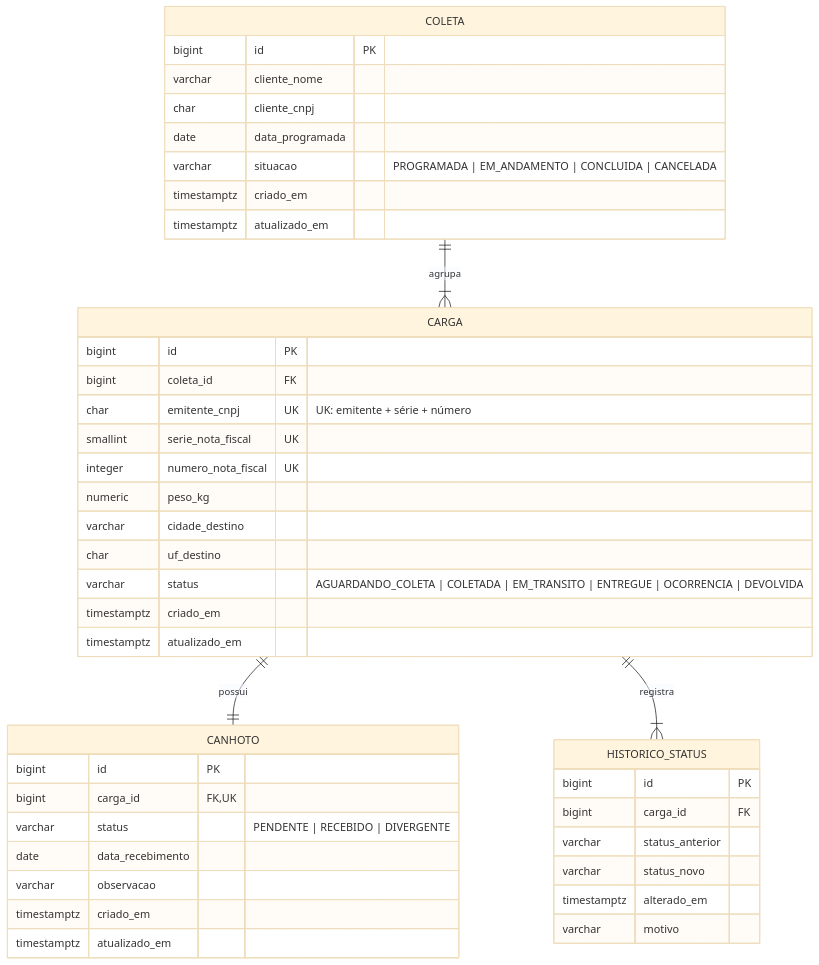
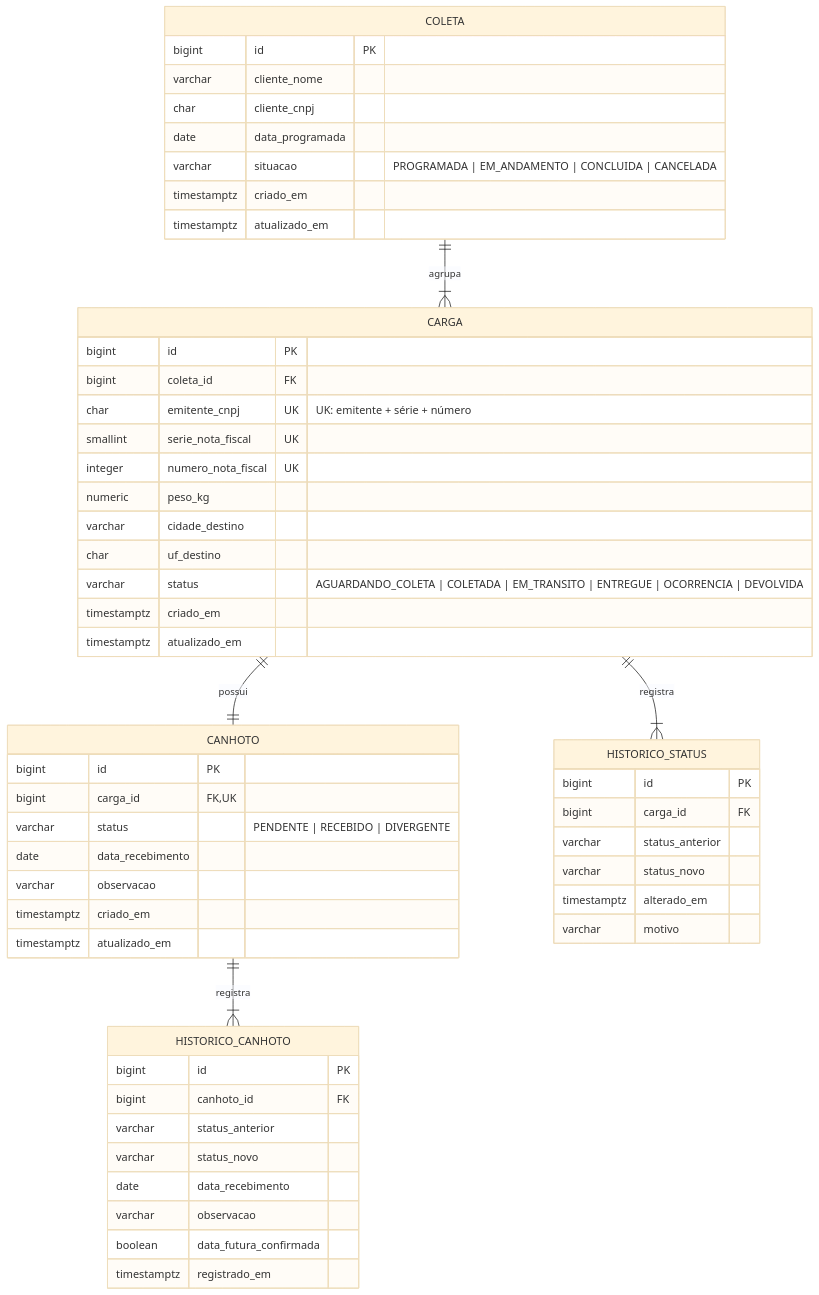
Before and after one commit to Ejurevics/API-Controle_Canhotos: the diagram in README.md, drawn with Mermaid (base theme). The commit also changed other lines of this file and 6 other files, not shown here.

````diff
--- a/README.md
+++ b/README.md
@@ -9,49 +9,61 @@
 ```mermaid
 erDiagram
     COLETA ||--|{ CARGA : agrupa
     CARGA ||--|| CANHOTO : possui
     CARGA ||--|{ HISTORICO_STATUS : registra
+    CANHOTO ||--|{ HISTORICO_CANHOTO : registra
 
     COLETA {
         bigint id PK
         varchar cliente_nome
         char cliente_cnpj
         date data_programada
         varchar situacao "PROGRAMADA | EM_ANDAMENTO | CONCLUIDA | CANCELADA"
         timestamptz criado_em
         timestamptz atualizado_em
     }
 
     CARGA {
         bigint id PK
         bigint coleta_id FK
         char emitente_cnpj UK "UK: emitente + série + número"
         smallint serie_nota_fiscal UK
         integer numero_nota_fiscal UK
         numeric peso_kg
         varchar cidade_destino
         char uf_destino
         varchar status "AGUARDANDO_COLETA | COLETADA | EM_TRANSITO | ENTREGUE | OCORRENCIA | DEVOLVIDA"
         timestamptz criado_em
         timestamptz atualizado_em
     }
 
     CANHOTO {
         bigint id PK
         bigint carga_id FK,UK
         varchar status "PENDENTE | RECEBIDO | DIVERGENTE"
         date data_recebimento
         varchar observacao
         timestamptz criado_em
         timestamptz atualizado_em
     }
 
     HISTORICO_STATUS {
         bigint id PK
         bigint carga_id FK
         varchar status_anterior
         varchar status_novo
         timestamptz alterado_em
         varchar motivo
     }
+
+    HISTORICO_CANHOTO {
+        bigint id PK
+        bigint canhoto_id FK
+        varchar status_anterior
+        varchar status_novo
+        date data_recebimento
+        varchar observacao
+        boolean data_futura_confirmada
+        timestamptz registrado_em
+    }
 ```
````
